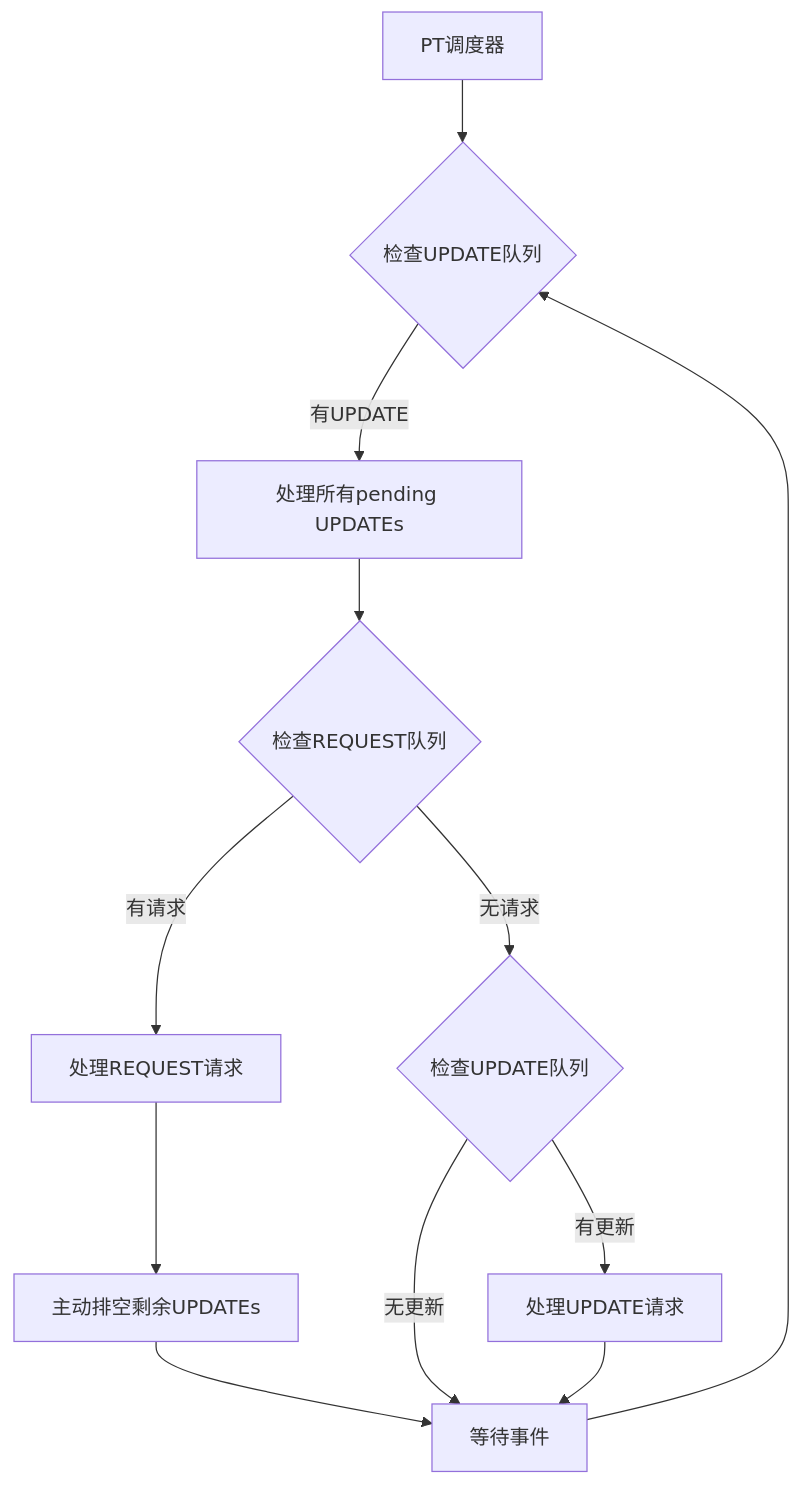
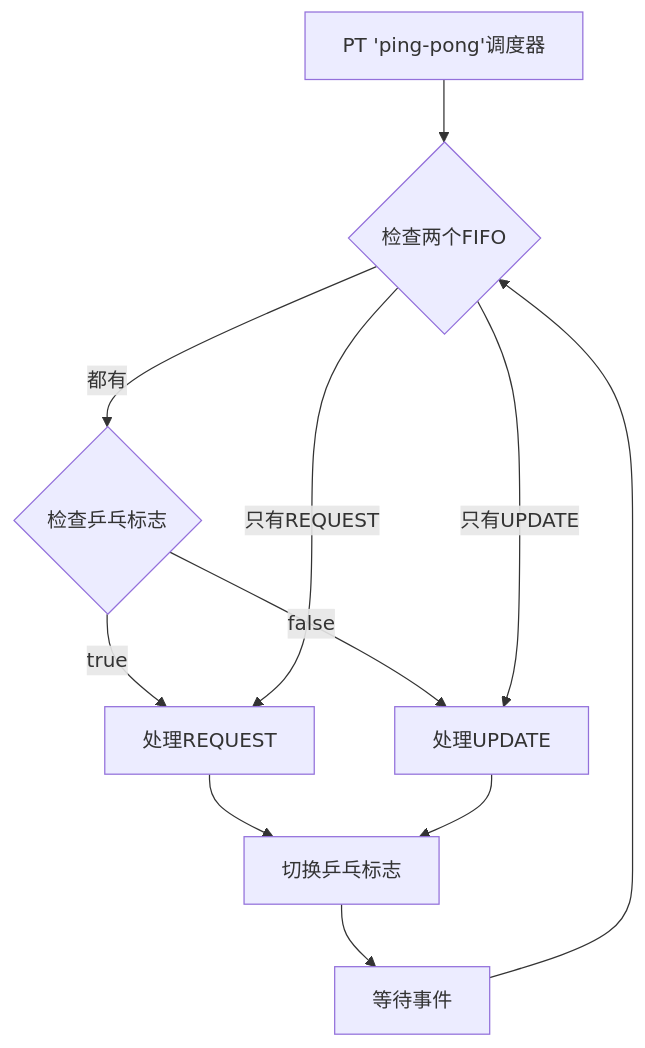
The seventh of 10 diagrams in .qoder/repowiki/zh/content/缓存系统/缓存子系统概览.md (jiangjiang1122/iommu_model_20260401_v1), drawn with Mermaid before and after one commit. The commit also changed other lines of this file and 186 other files, not shown here.

````diff
--- a/.qoder/repowiki/zh/content/缓存系统/缓存子系统概览.md
+++ b/.qoder/repowiki/zh/content/缓存系统/缓存子系统概览.md
@@ -231,14 +372,13 @@
 ```mermaid
 flowchart TD
-PTScheduler["PT调度器"] --> CheckUpdate{"检查UPDATE队列"}
-CheckUpdate --> |有UPDATE| ProcessUpdate["处理所有pending UPDATEs"]
-ProcessUpdate --> CheckReq{"检查REQUEST队列"}
-CheckReq --> |有请求| ProcessReq["处理REQUEST请求"]
-ProcessReq --> DrainUpdate["主动排空剩余UPDATEs"]
-DrainUpdate --> WaitEvent["等待事件"]
-CheckReq --> |无请求| CheckUpdate2{"检查UPDATE队列"}
-CheckUpdate2 --> |有更新| ProcessUpdate2["处理UPDATE请求"]
-CheckUpdate2 --> |无更新| WaitEvent
-ProcessUpdate2 --> WaitEvent
-WaitEvent --> CheckUpdate
+PTScheduler["PT 'ping-pong'调度器"] --> CheckBoth{"检查两个FIFO"}
+CheckBoth --> |都有| CheckFlag{"检查乒乓标志"}
+CheckFlag --> |true| ProcessRequest["处理REQUEST"]
+CheckFlag --> |false| ProcessUpdate["处理UPDATE"]
+CheckBoth --> |只有REQUEST| ProcessRequest
+CheckBoth --> |只有UPDATE| ProcessUpdate
+ProcessRequest --> ToggleFlag["切换乒乓标志"]
+ProcessUpdate --> ToggleFlag
+ToggleFlag --> WaitEvent["等待事件"]
+WaitEvent --> CheckBoth
 ```
````
